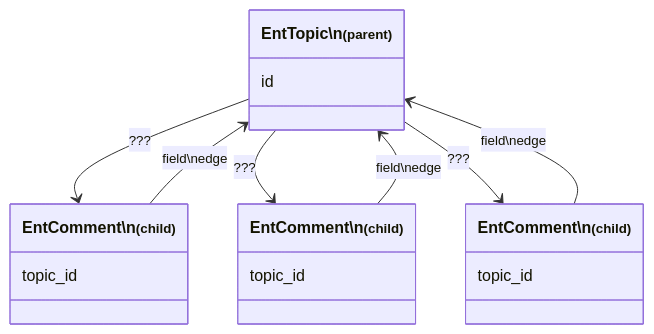
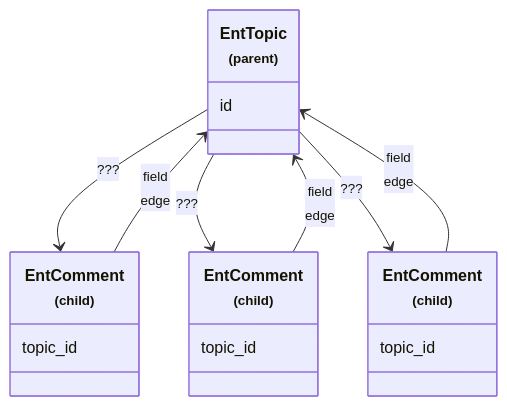
The second of 2 diagrams in gitbook/getting-started/ent-api-select-by-expression.md (dimikot/ent-framework), drawn with Mermaid before and after one commit. The commit also changed other lines of this file and 5 other files, not shown here.

````diff
--- a/gitbook/getting-started/ent-api-select-by-expression.md
+++ b/gitbook/getting-started/ent-api-select-by-expression.md
@@ -64,18 +64,18 @@
 ```mermaid
 classDiagram
     direction BT
-    class EntComment1["EntComment\n<small>(child)</small>"]
+    class EntComment1["EntComment<br><small>(child)</small>"]
     EntComment1 : topic_id
-    class EntComment2["EntComment\n<small>(child)</small>"]
+    class EntComment2["EntComment<br><small>(child)</small>"]
     EntComment2 : topic_id
-    class EntComment3["EntComment\n<small>(child)</small>"]
+    class EntComment3["EntComment<br><small>(child)</small>"]
     EntComment3 : topic_id
-    class EntTopic["EntTopic\n<small>(parent)</small>"]
+    class EntTopic["EntTopic<br><small>(parent)</small>"]
     EntTopic : id
     EntComment1 <-- EntTopic : <small>???</small>
-    EntComment1 --> EntTopic : <small>field\nedge</small>
+    EntComment1 --> EntTopic : <small>field<br>edge</small>
     EntComment2 <-- EntTopic : <small>???</small>
-    EntComment2 --> EntTopic : <small>field\nedge</small>
+    EntComment2 --> EntTopic : <small>field<br>edge</small>
     EntComment3 <-- EntTopic : <small>???</small>
-    EntComment3 --> EntTopic : <small>field\nedge</small>
+    EntComment3 --> EntTopic : <small>field<br>edge</small>
 ```
````
